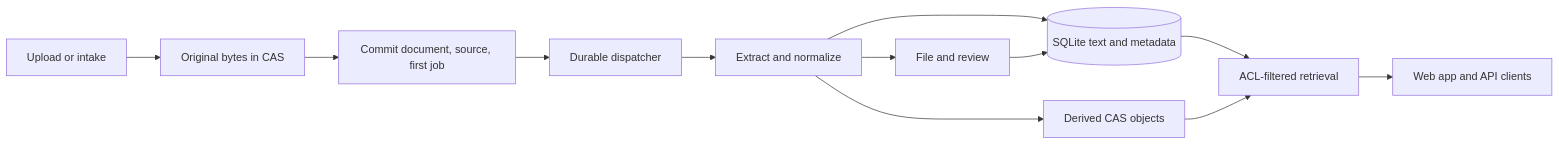
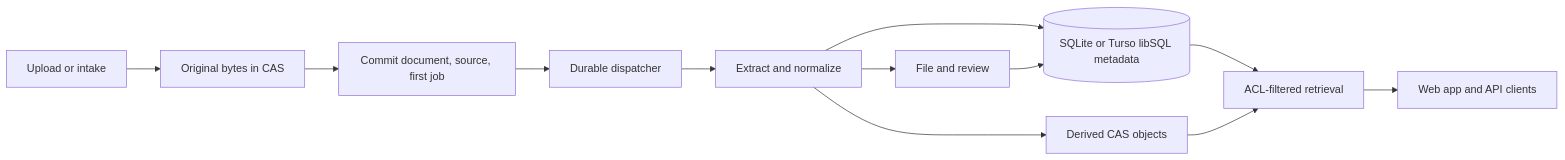
One commit to shxntanu/suchi changed the diagram in docs/architecture.mdx. Above: the diagram before and after it, drawn with Mermaid. The commit also changed other lines of this file and 27 other files, not shown here.

````diff
--- a/docs/architecture.mdx
+++ b/docs/architecture.mdx
@@ -93,10 +98,10 @@
 ```mermaid
 flowchart LR
   I[Upload or intake] --> B[Original bytes in CAS]
   B --> T[Commit document, source, first job] --> J[Durable dispatcher]
   J --> P[Extract and normalize] --> F[File and review]
-  P --> S[(SQLite text and metadata)]
+  P --> S[(SQLite or Turso libSQL metadata)]
   P --> D[Derived CAS objects]
   F --> S --> A[ACL-filtered retrieval]
   D --> A --> C[Web app and API clients]
 ```
````
